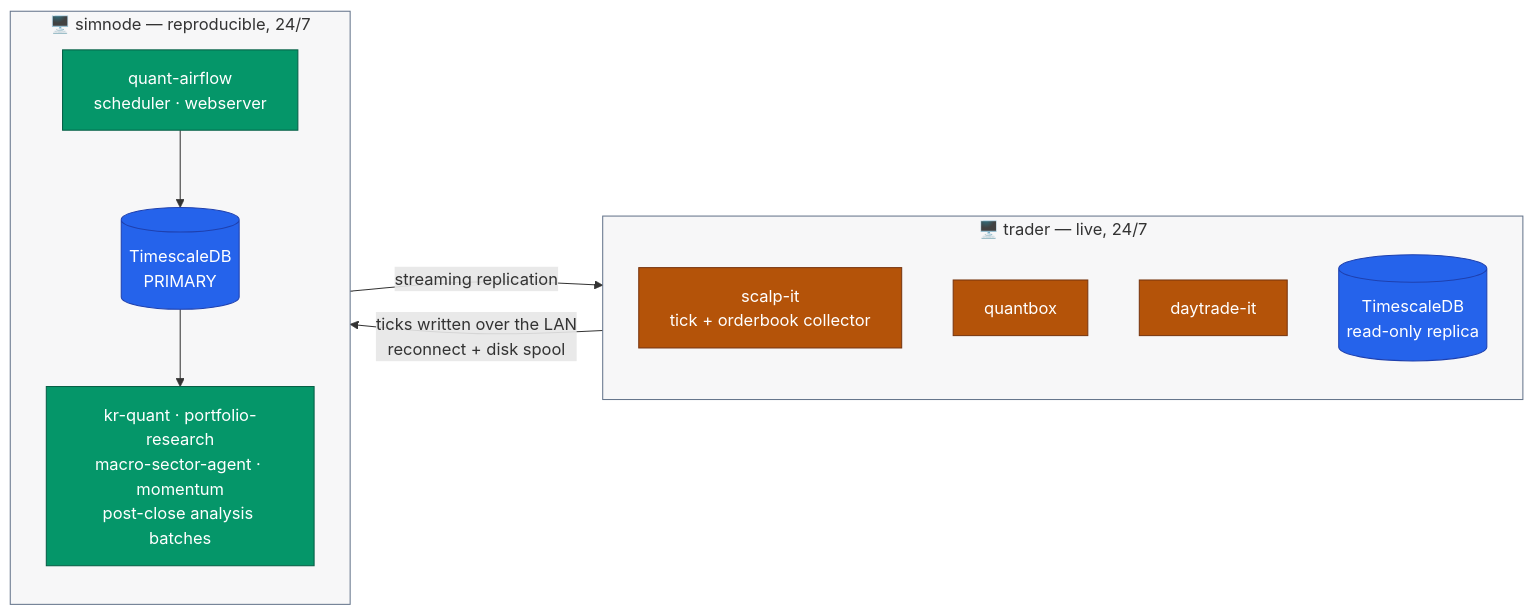
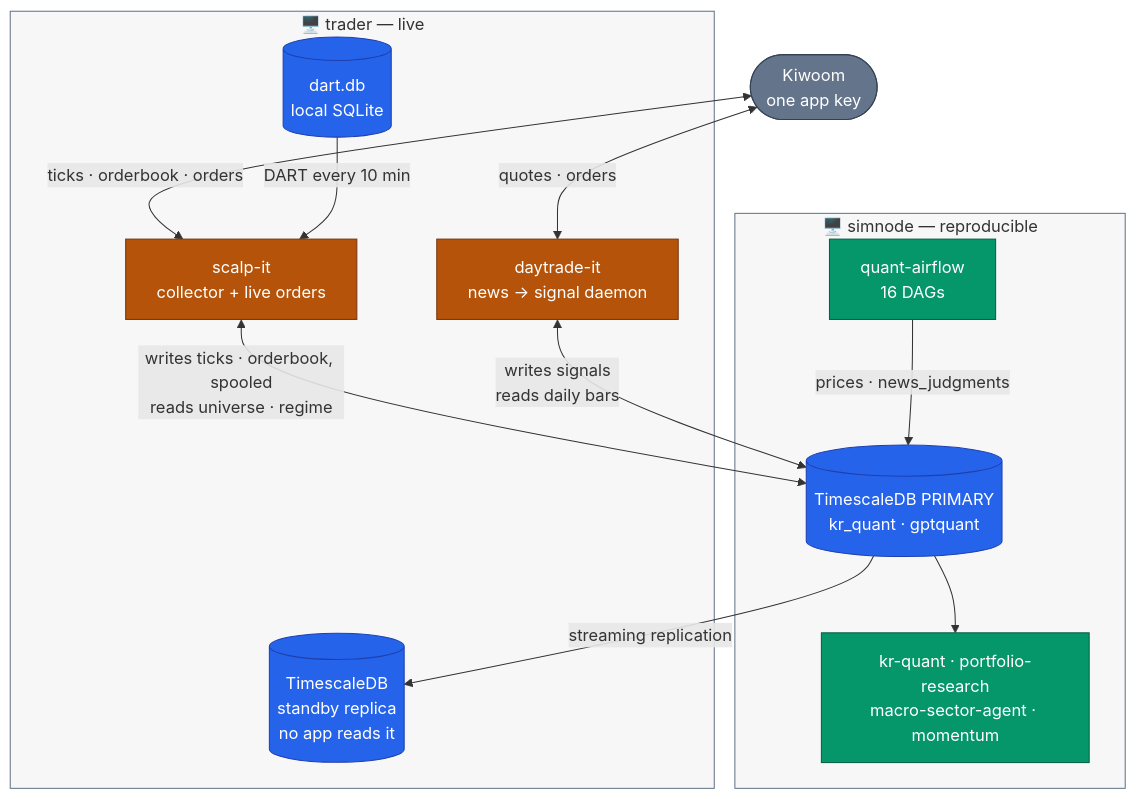
Before and after one commit to younghwan91/younghwan91: the second of 3 diagrams in README.md, drawn with Mermaid. The commit also changed other lines of this file and 1 other file, not shown here.

First line of the commit message:
docs(readme): daytrade-it 라이브 합류 반영 — 호스트·DB·계좌 관계를 다시 그린다

````diff
--- a/README.md
+++ b/README.md
@@ -99,33 +102,39 @@
 ```mermaid
-flowchart LR
-    subgraph T ["🖥️ trader — live, 24/7"]
-        direction TB
-        SC["scalp-it<br/>tick + orderbook collector"]
-        QB["quantbox"]
-        KSE["daytrade-it"]
-        RP[("TimescaleDB<br/>read-only replica")]
+flowchart TB
+    KW(["Kiwoom<br/>one app key"])
+
+    subgraph T ["🖥️ trader — live"]
+        SC["scalp-it<br/>collector + live orders"]
+        DT["daytrade-it<br/>news → signal daemon"]
+        DD[("dart.db<br/>local SQLite")]
+        RP[("TimescaleDB<br/>standby replica<br/>no app reads it")]
     end
 
-    subgraph S ["🖥️ simnode — reproducible, 24/7"]
-        direction TB
-        AF["quant-airflow<br/>scheduler · webserver"]
-        PR[("TimescaleDB<br/>PRIMARY")]
-        RS["kr-quant · portfolio-research<br/>macro-sector-agent · momentum<br/>post-close analysis batches"]
+    subgraph S ["🖥️ simnode — reproducible"]
+        AF["quant-airflow<br/>16 DAGs"]
+        PR[("TimescaleDB PRIMARY<br/>kr_quant · gptquant")]
+        RS["kr-quant · portfolio-research<br/>macro-sector-agent · momentum"]
     end
 
-    SC -- "ticks written over the LAN<br/>reconnect + disk spool" --> PR
-    AF --> PR
-    PR -- "streaming replication" --> RP
+    KW <-->|"ticks · orderbook · orders"| SC
+    KW <-->|"quotes · orders"| DT
+    DD -->|"DART every 10 min"| SC
+    SC <-->|"writes ticks · orderbook, spooled<br/>reads universe · regime"| PR
+    DT <-->|"writes signals<br/>reads daily bars"| PR
+    AF -->|"prices · news_judgments"| PR
+    PR -->|"streaming replication"| RP
     PR --> RS
 
     classDef live fill:#B45309,stroke:#78350F,color:#FFFFFF
     classDef repro fill:#059669,stroke:#065F46,color:#FFFFFF
     classDef store fill:#2563EB,stroke:#1E40AF,color:#FFFFFF
+    classDef ext fill:#64748B,stroke:#334155,color:#FFFFFF
 
-    class SC,QB,KSE live
+    class SC,DT live
     class AF,RS repro
-    class RP,PR store
+    class RP,PR,DD store
+    class KW ext
 
     style T fill:#0F172A08,stroke:#64748B
     style S fill:#0F172A08,stroke:#64748B
 ```
````
